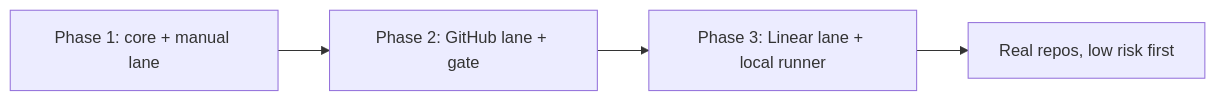
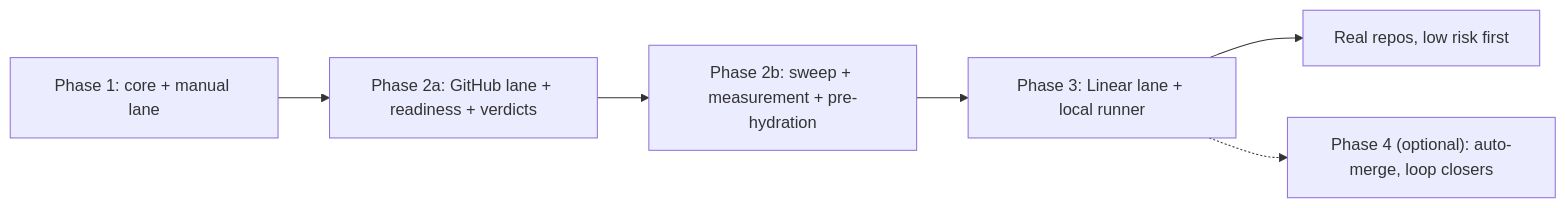
Before and after one commit to AndresRubio/andres-skills: the seventh of 7 diagrams in plugins/claude-pipeline/docs/superpowers/specs/2026-09-24-claude-pipeline-design.md, drawn with Mermaid. The commit also changed other lines of this file, not shown here.

First line of the commit message:
docs(spec): revise Phase 2 against Warp, Stripe and Osmani (D5, D17–D20)

````diff
--- a/plugins/claude-pipeline/docs/superpowers/specs/2026-09-24-claude-pipeline-design.md
+++ b/plugins/claude-pipeline/docs/superpowers/specs/2026-09-24-claude-pipeline-design.md
@@ -614,4 +721,5 @@
 ```mermaid
 flowchart LR
-    P1["Phase 1: core + manual lane"] --> P2["Phase 2: GitHub lane + gate"] --> P3["Phase 3: Linear lane + local runner"] --> R["Real repos, low risk first"]
+    P1["Phase 1: core + manual lane"] --> P2A["Phase 2a: GitHub lane + readiness + verdicts"] --> P2B["Phase 2b: sweep + measurement + pre-hydration"] --> P3["Phase 3: Linear lane + local runner"] --> R["Real repos, low risk first"]
+    P3 -.-> P4["Phase 4 (optional): auto-merge, loop closers"]
 ```
````
